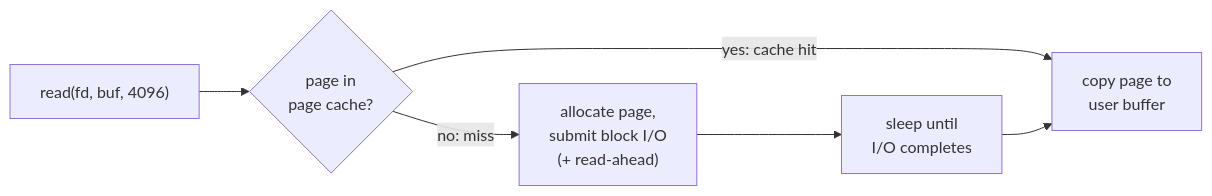
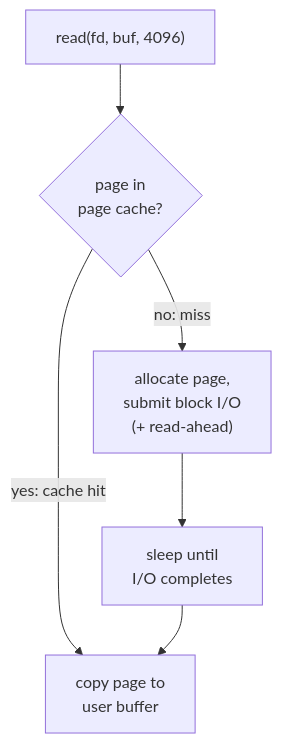
Before and after one commit to Siva010/CoreCS: the diagram in content/lessons/os/os-page-cache.md, drawn with Mermaid. The commit also changed 19 other files, not shown here.

First line of the commit message:
Merge the OS and Networks diagram readability fixes

````diff
--- a/content/lessons/os/os-page-cache.md
+++ b/content/lessons/os/os-page-cache.md
@@ -48,8 +48,8 @@
 ```mermaid
-flowchart LR
+flowchart TD
     A["read(fd, buf, 4096)"] --> B{"page in<br/>page cache?"}
     B -->|yes: cache hit| C["copy page to<br/>user buffer"]
     B -->|no: miss| D["allocate page,<br/>submit block I/O<br/>(+ read-ahead)"]
     D --> E["sleep until<br/>I/O completes"]
     E --> C
 ```
````
